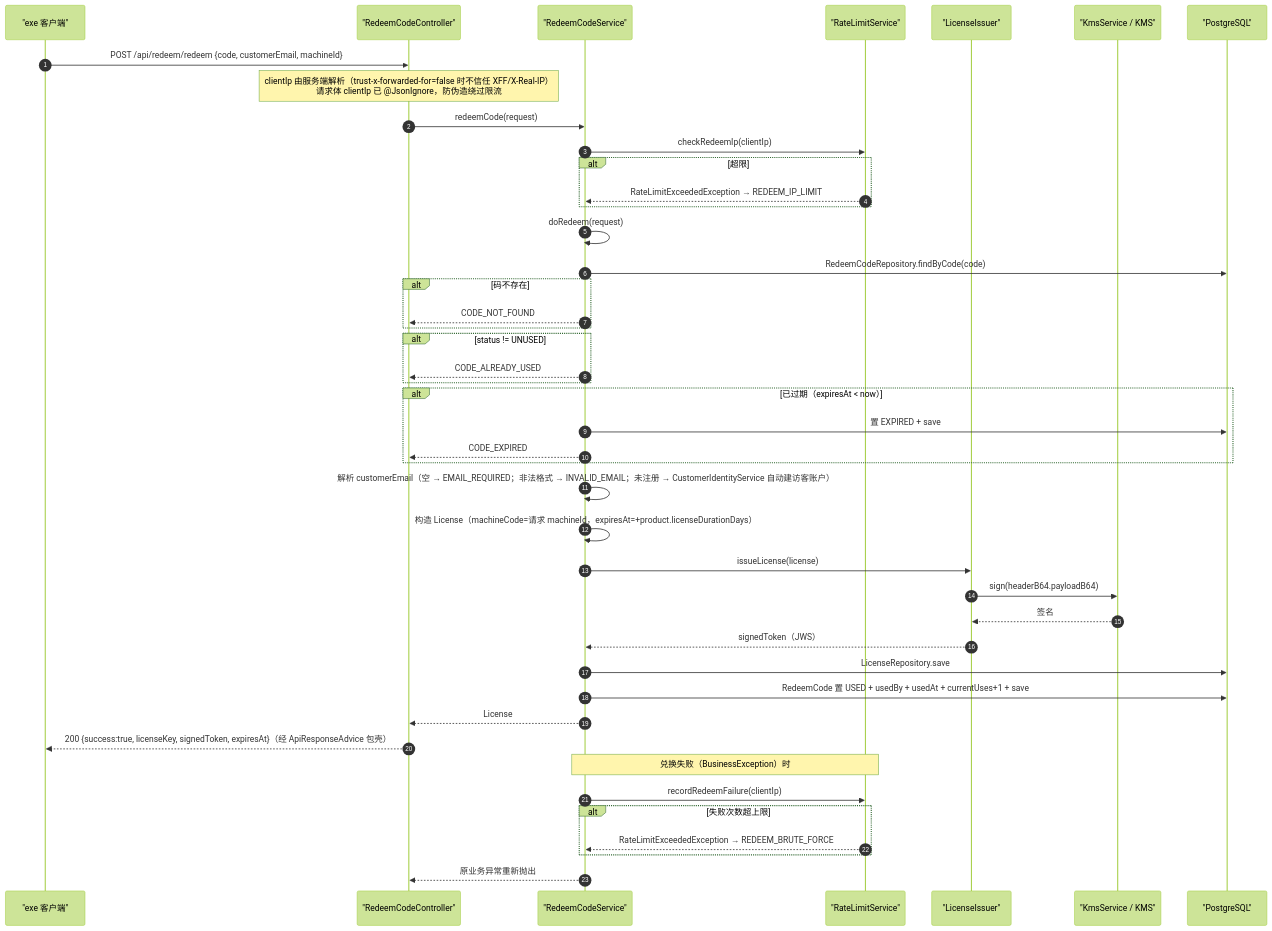
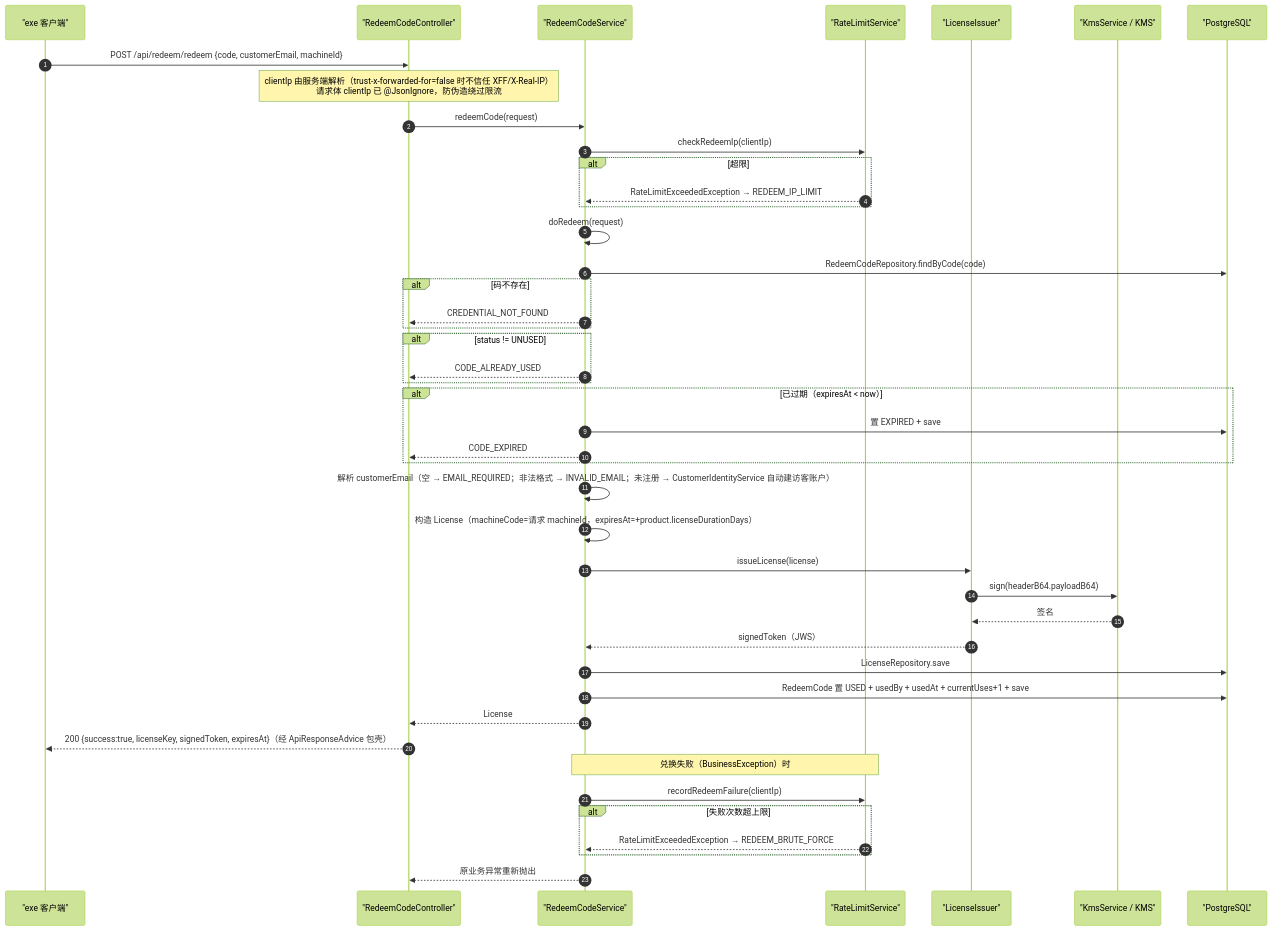
Before and after one commit to qingchuang12/billing-license-service: diagram 12 of 21 in docs/接口调用时序图.md, drawn with Mermaid (forest theme). The commit also changed other lines of this file and 51 other files, not shown here.

````diff
--- a/docs/接口调用时序图.md
+++ b/docs/接口调用时序图.md
@@ -619,48 +689,48 @@
 ```mermaid
 sequenceDiagram
     autonumber
     participant C as "exe 客户端"
     participant RC as "RedeemCodeController"
     participant RS as "RedeemCodeService"
     participant RL as "RateLimitService"
     participant LI as "LicenseIssuer"
     participant KMS as "KmsService / KMS"
     participant DB as "PostgreSQL"
 
     C->>RC: POST /api/redeem/redeem {code, customerEmail, machineId}
     Note over RC: clientIp 由服务端解析（trust-x-forwarded-for=false 时不信任 XFF/X-Real-IP）<br/>请求体 clientIp 已 @JsonIgnore，防伪造绕过限流
     RC->>RS: redeemCode(request)
     RS->>RL: checkRedeemIp(clientIp)
     alt 超限
         RL-->>RS: RateLimitExceededException → REDEEM_IP_LIMIT
     end
     RS->>RS: doRedeem(request)
     RS->>DB: RedeemCodeRepository.findByCode(code)
     alt 码不存在
-        RS-->>RC: CODE_NOT_FOUND
+        RS-->>RC: CREDENTIAL_NOT_FOUND
     end
     alt status != UNUSED
         RS-->>RC: CODE_ALREADY_USED
     end
     alt 已过期（expiresAt < now）
         RS->>DB: 置 EXPIRED + save
         RS-->>RC: CODE_EXPIRED
     end
     RS->>RS: 解析 customerEmail（空 → EMAIL_REQUIRED；非法格式 → INVALID_EMAIL；未注册 → CustomerIdentityService 自动建访客账户）
     RS->>RS: 构造 License（machineCode=请求 machineId，expiresAt=+product.licenseDurationDays）
     RS->>LI: issueLicense(license)
     LI->>KMS: sign(headerB64.payloadB64)
     KMS-->>LI: 签名
     LI-->>RS: signedToken（JWS）
     RS->>DB: LicenseRepository.save
     RS->>DB: RedeemCode 置 USED + usedBy + usedAt + currentUses+1 + save
     RS-->>RC: License
     RC-->>C: 200 {success:true, licenseKey, signedToken, expiresAt}（经 ApiResponseAdvice 包壳）
 
     Note over RS,RL: 兑换失败（BusinessException）时
     RS->>RL: recordRedeemFailure(clientIp)
     alt 失败次数超上限
         RL-->>RS: RateLimitExceededException → REDEEM_BRUTE_FORCE
     end
     RS-->>RC: 原业务异常重新抛出
 ```
````
